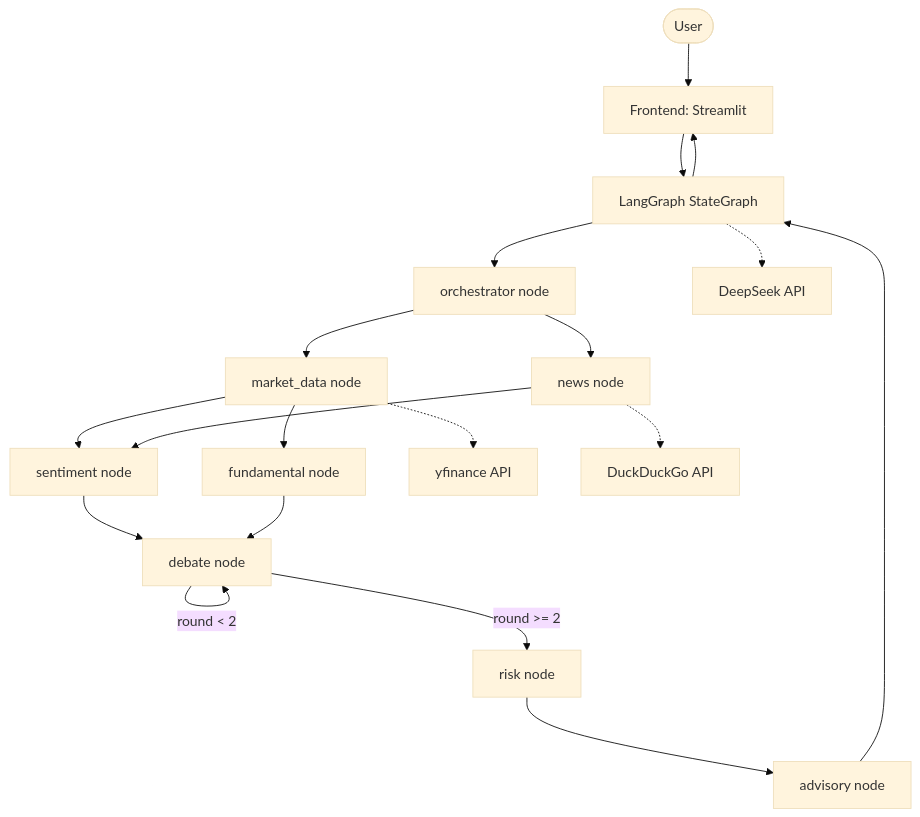
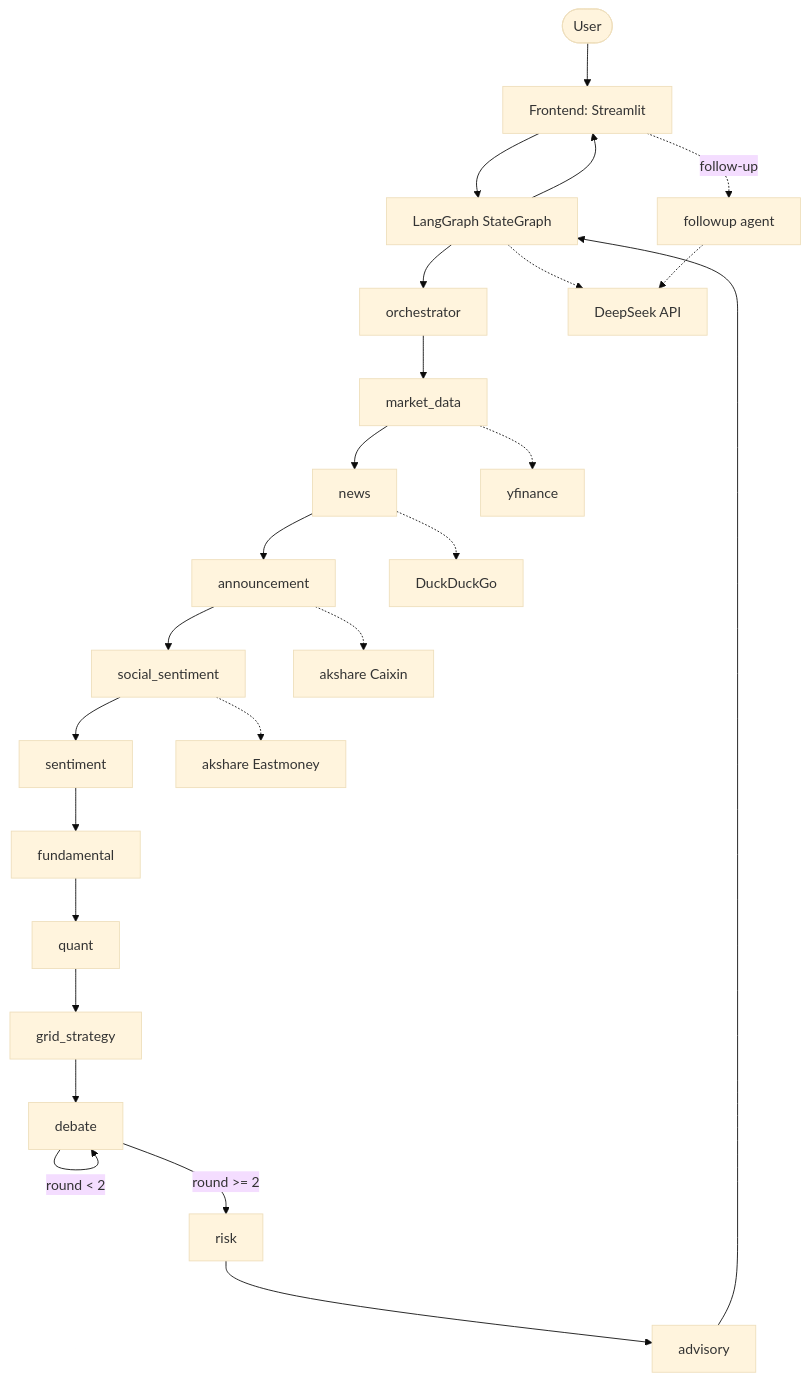
The second of 5 diagrams in requirements/REQ-001-multi-agent-investment-research/technical.md (GOODDAYDAY/FinancialAnalysis), drawn with Mermaid (base theme) before and after one commit. The commit also changed other lines of this file and 2 other files, not shown here.

````diff
--- a/requirements/REQ-001-multi-agent-investment-research/technical.md
+++ b/requirements/REQ-001-multi-agent-investment-research/technical.md
@@ -43,22 +47,29 @@
 ```mermaid
 flowchart TD
     U([User]) --> FE[Frontend: Streamlit]
     FE --> GR[LangGraph StateGraph]
-    GR --> ORC[orchestrator node]
-    ORC --> MD[market_data node]
-    ORC --> NW[news node]
-    MD --> SA[sentiment node]
-    NW --> SA
-    MD --> FA[fundamental node]
-    SA --> DB[debate node]
-    FA --> DB
+    GR --> ORC[orchestrator]
+    ORC --> MD[market_data]
+    MD --> NW[news]
+    NW --> ANN[announcement]
+    ANN --> SS[social_sentiment]
+    SS --> SA[sentiment]
+    SA --> FA[fundamental]
+    FA --> QT[quant]
+    QT --> GS[grid_strategy]
+    GS --> DB[debate]
     DB -->|round < 2| DB
-    DB -->|round >= 2| RC[risk node]
-    RC --> ADV[advisory node]
+    DB -->|round >= 2| RC[risk]
+    RC --> ADV[advisory]
     ADV --> GR
     GR --> FE
-    
+
     GR -.-> LLM[DeepSeek API]
-    MD -.-> YF[yfinance API]
-    NW -.-> DDG[DuckDuckGo API]
+    MD -.-> YF[yfinance]
+    NW -.-> DDG[DuckDuckGo]
+    ANN -.-> AKS1[akshare Caixin]
+    SS -.-> AKS2[akshare Eastmoney]
+
+    FE -.->|follow-up| FU[followup agent]
+    FU -.-> LLM
 ```
````
